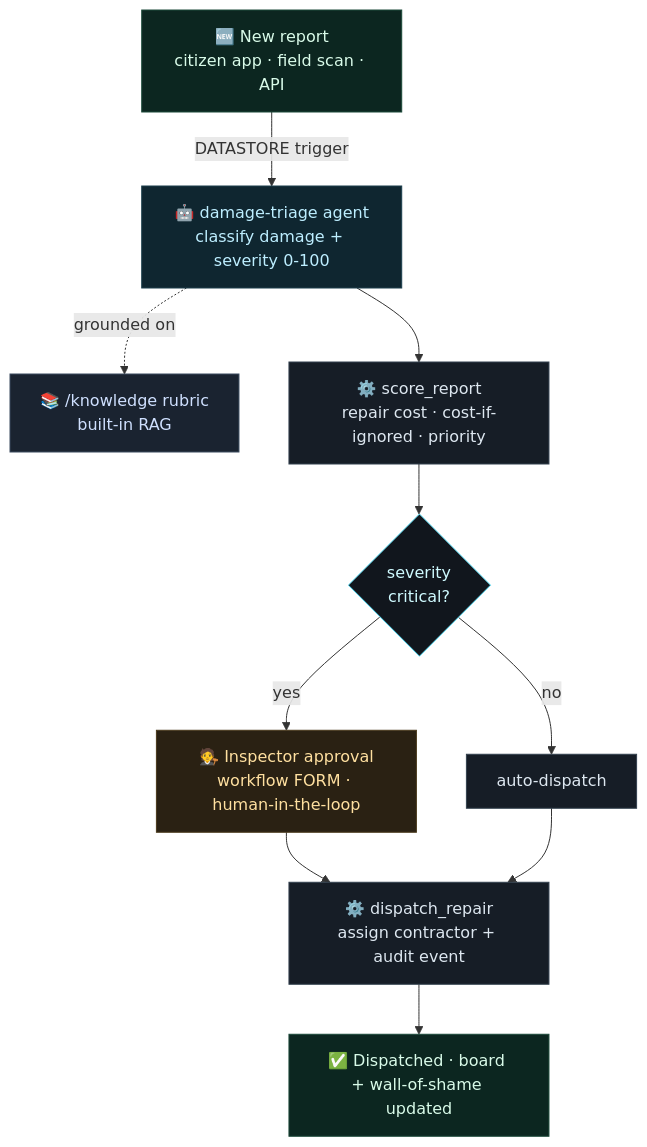
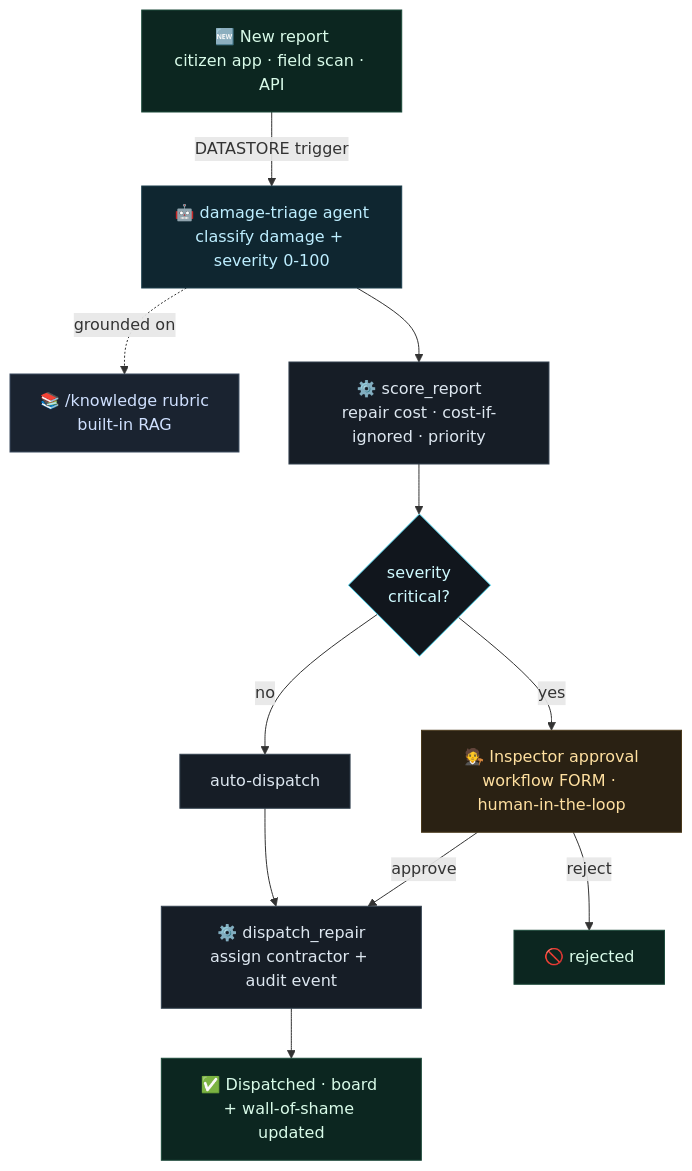
Before and after one commit to SaudSatopay/crackwatch-lemma: the fourth of 12 diagrams in README.md, drawn with Mermaid. The commit also changed other lines of this file, not shown here.

First line of the commit message:
docs: beautify README — 12 diagrams + engineering deep-dives

````diff
--- a/README.md
+++ b/README.md
@@ -81,20 +228,21 @@
 ```mermaid
 flowchart TD
     R["🆕 New report<br/>citizen app · field scan · API"]:::ev
     R -->|"DATASTORE trigger"| AG["🤖 damage-triage agent<br/>classify damage + severity 0-100"]:::ag
     AG -.->|"grounded on"| KB["📚 /knowledge rubric<br/>built-in RAG"]:::rag
     AG --> SC["⚙️ score_report<br/>repair cost · cost-if-ignored · priority"]:::fn
     SC --> D{"severity<br/>critical?"}:::dec
     D -->|"yes"| AP["🧑‍⚖️ Inspector approval<br/>workflow FORM · human-in-the-loop"]:::hu
     D -->|"no"| AU["auto-dispatch"]:::fn
-    AP --> DI["⚙️ dispatch_repair<br/>assign contractor + audit event"]:::fn
+    AP -->|"approve"| DI["⚙️ dispatch_repair<br/>assign contractor + audit event"]:::fn
+    AP -->|"reject"| RJ["🚫 rejected"]:::ev
     AU --> DI
     DI --> EN["✅ Dispatched · board + wall-of-shame updated"]:::ev
 
     classDef ag fill:#0f2630,stroke:#1d3f4d,color:#bdeeff;
     classDef fn fill:#161d26,stroke:#33414f,color:#dde7f0;
     classDef rag fill:#1a2330,stroke:#3a4a5f,color:#cfe0ff;
     classDef hu fill:#2a2113,stroke:#4a3a1c,color:#ffe0a0;
     classDef dec fill:#11161d,stroke:#5de6ff,color:#cffaff;
     classDef ev fill:#0c2620,stroke:#1c4a3a,color:#d9fbe9;
 ```
````
